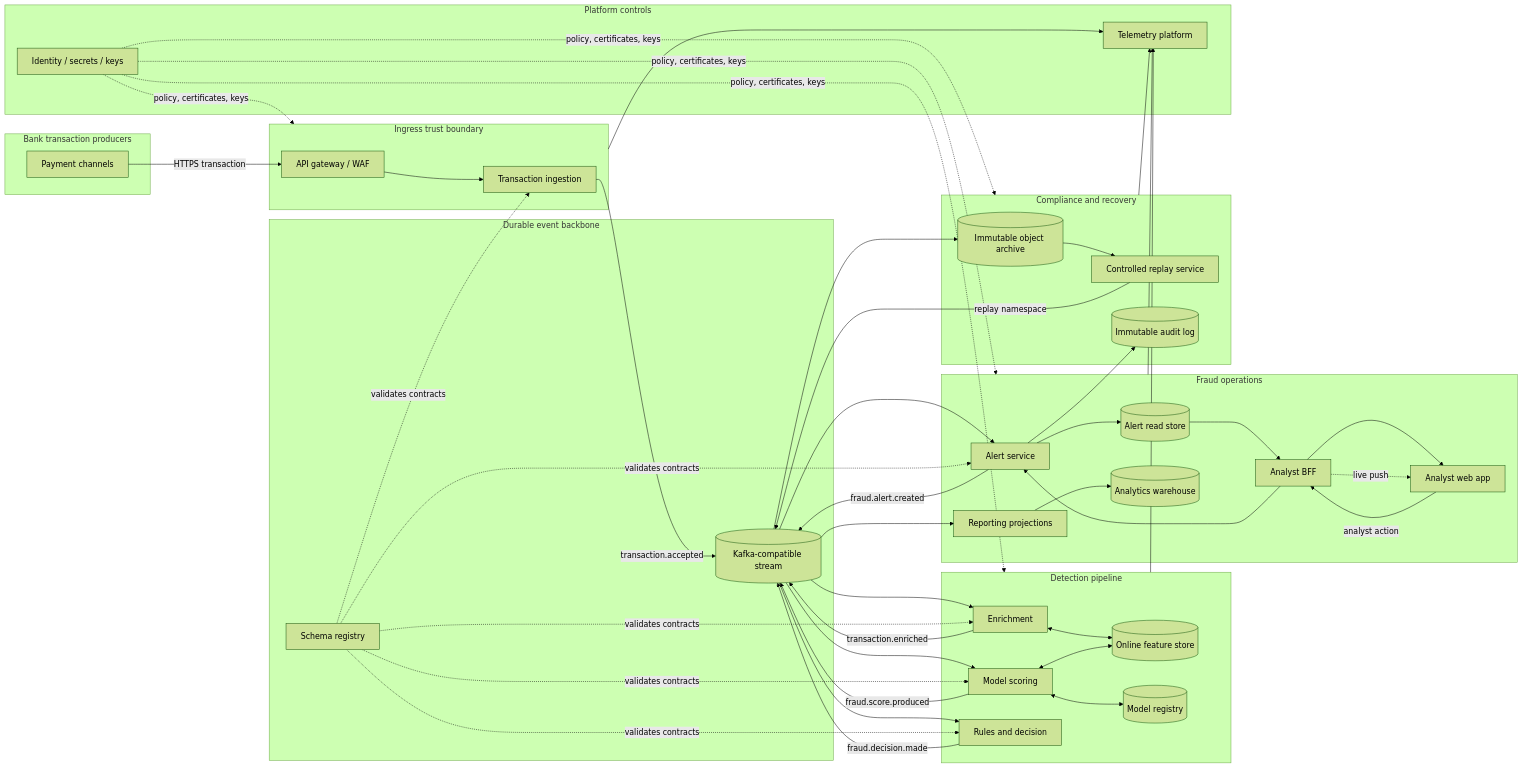
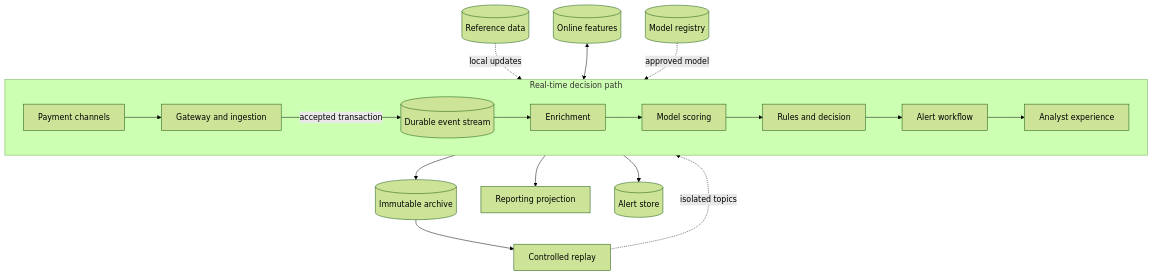
Before and after one commit to samhmariam/udacity-software-architect-nanodegree: the second of 13 diagrams in project-03-real-time-fraud-detection/README.md, drawn with Mermaid (forest theme). The commit also changed other lines of this file, not shown here.

First line of the commit message:
Expand fraud architecture README details

````diff
--- a/project-03-real-time-fraud-detection/README.md
+++ b/project-03-real-time-fraud-detection/README.md
@@ -83,60 +98,23 @@
 ```mermaid
-flowchart LR
-    subgraph Producers[Bank transaction producers]
-        P[Payment channels]
-    end
-    subgraph Edge[Ingress trust boundary]
-        GW[API gateway / WAF]
-        ING[Transaction ingestion]
-    end
-    subgraph Stream[Durable event backbone]
-        BUS[(Kafka-compatible stream)]
-        SR[Schema registry]
-    end
-    subgraph Detection[Detection pipeline]
-        ENR[Enrichment]
-        FEAT[(Online feature store)]
-        SCORE[Model scoring]
-        RULE[Rules and decision]
-        REG[(Model registry)]
-    end
-    subgraph Operations[Fraud operations]
-        ALERT[Alert service]
-        DB[(Alert read store)]
-        BFF[Analyst BFF]
-        UI[Analyst web app]
-        REPORT[Reporting projections]
-        WH[(Analytics warehouse)]
-    end
-    subgraph Compliance[Compliance and recovery]
-        ARCH[(Immutable object archive)]
-        REPLAY[Controlled replay service]
-        AUDIT[(Immutable audit log)]
-    end
-    subgraph Platform[Platform controls]
-        OBS[Telemetry platform]
-        IAM[Identity / secrets / keys]
+flowchart TB
+    subgraph HOT[Real-time decision path]
+        direction LR
+        CHANNEL[Payment channels] --> EDGE[Gateway and ingestion]
+        EDGE -->|accepted transaction| BUS[(Durable event stream)]
+        BUS --> ENRICH[Enrichment]
+        ENRICH --> SCORE[Model scoring]
+        SCORE --> DECIDE[Rules and decision]
+        DECIDE --> ALERT[Alert workflow]
+        ALERT --> UI[Analyst experience]
     end
 
-    P -->|HTTPS transaction| GW --> ING
-    ING -->|transaction.accepted| BUS
-    BUS --> ENR -->|transaction.enriched| BUS
-    ENR <--> FEAT
-    BUS --> SCORE
-    SCORE <--> FEAT
-    SCORE <--> REG
-    SCORE -->|fraud.score.produced| BUS
-    BUS --> RULE -->|fraud.decision.made| BUS
-    BUS --> ALERT --> DB
-    ALERT -->|fraud.alert.created| BUS
-    DB --> BFF --> UI
-    BFF -. live push .-> UI
-    BUS --> REPORT --> WH
-    BUS --> ARCH
-    ARCH --> REPLAY -->|replay namespace| BUS
-    UI -->|analyst action| BFF --> ALERT
-    ALERT --> AUDIT
-    Edge & Detection & Operations & Compliance --> OBS
-    IAM -. policy, certificates, keys .-> Edge & Detection & Operations & Compliance
-    SR -. validates contracts .-> ING & ENR & SCORE & RULE & ALERT
+    REF[(Reference data)] -. local updates .-> ENRICH
+    FEATURES[(Online features)] <--> SCORE
+    MODELS[(Model registry)] -. approved model .-> SCORE
+
+    BUS --> ARCHIVE[(Immutable archive)]
+    ARCHIVE --> REPLAY[Controlled replay]
+    REPLAY -. isolated topics .-> BUS
+    DECIDE --> REPORT[Reporting projection]
+    ALERT --> ALERTDB[(Alert store)]
 ```
````
